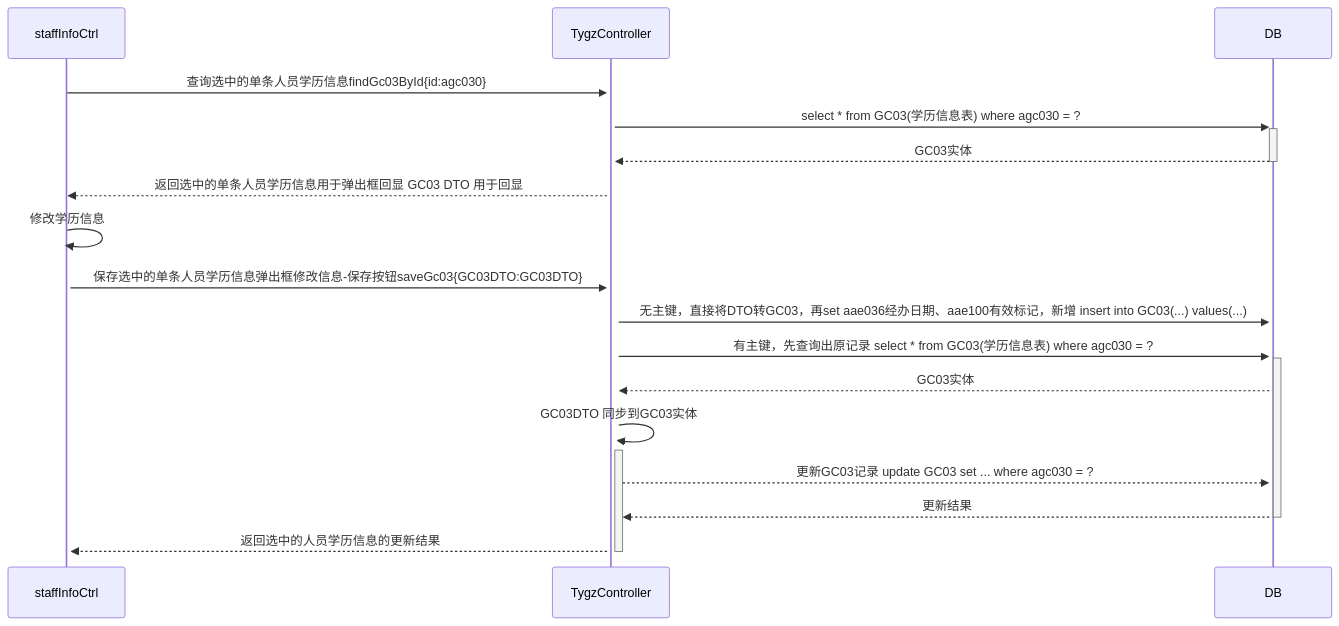
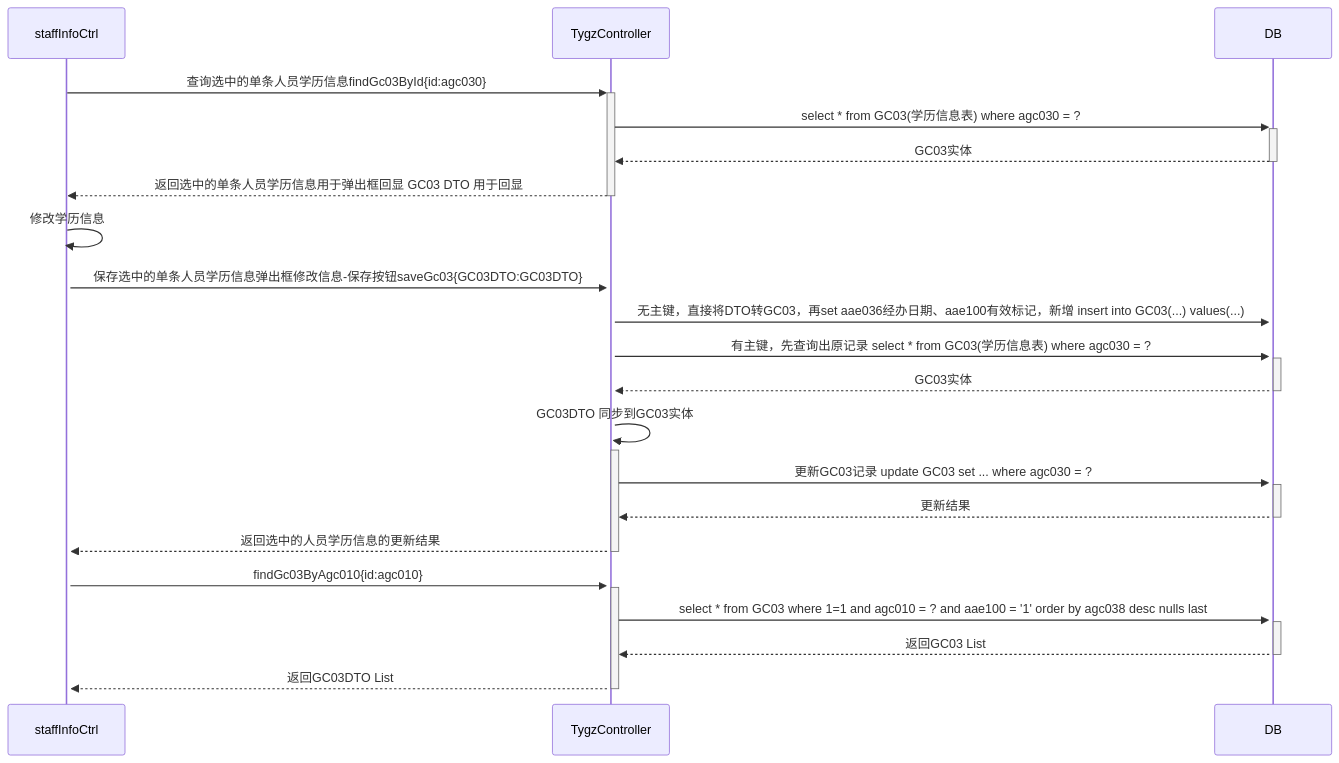
The diagram in all/人员学历信息新增、修改按钮的弹出框保存按钮调用业务逻辑.md (ZhangJianBeiJing/iodraw-files), drawn with Mermaid before and after one commit.

Commit message:
2025-03-25 16:57:48 update

````diff
--- a/all/人员学历信息新增、修改按钮的弹出框保存按钮调用业务逻辑.md
+++ b/all/人员学历信息新增、修改按钮的弹出框保存按钮调用业务逻辑.md
@@ -1,16 +1,20 @@
 ```mermaid
 sequenceDiagram
     staffInfoCtrl->>+TygzController:查询选中的单条人员学历信息findGc03ById{id:agc030}
     TygzController->>+DB:select * from GC03(学历信息表) where  agc030 = ?
     DB-->>-TygzController:GC03实体
-    TygzController-->>staffInfoCtrl:返回选中的单条人员学历信息用于弹出框回显 GC03 DTO 用于回显
+    TygzController-->>-staffInfoCtrl:返回选中的单条人员学历信息用于弹出框回显 GC03 DTO 用于回显
     staffInfoCtrl->>+staffInfoCtrl:修改学历信息
     staffInfoCtrl->>+TygzController:保存选中的单条人员学历信息弹出框修改信息-保存按钮saveGc03{GC03DTO:GC03DTO}
     TygzController->>+DB:无主键，直接将DTO转GC03，再set aae036经办日期、aae100有效标记，新增 insert into GC03(...) values(...)
     TygzController->>+DB:有主键，先查询出原记录 select * from GC03(学历信息表) where  agc030 = ?
-    DB-->>TygzController:GC03实体
+    DB-->>-TygzController:GC03实体
     TygzController->>+TygzController:GC03DTO 同步到GC03实体
-    TygzController-->>DB:更新GC03记录 update GC03 set ... where agc030 = ?
+    TygzController->>+DB:更新GC03记录 update GC03 set ... where agc030 = ?
     DB-->>-TygzController:更新结果
     TygzController-->>-staffInfoCtrl:返回选中的人员学历信息的更新结果
+    staffInfoCtrl->>+TygzController:findGc03ByAgc010{id:agc010}
+    TygzController->>+DB:select * from GC03 where 1=1 and agc010 = ? and aae100 = '1' order by agc038 desc nulls last
+    DB-->>-TygzController:返回GC03 List
+    TygzController-->>-staffInfoCtrl:返回GC03DTO List
 ```
````
